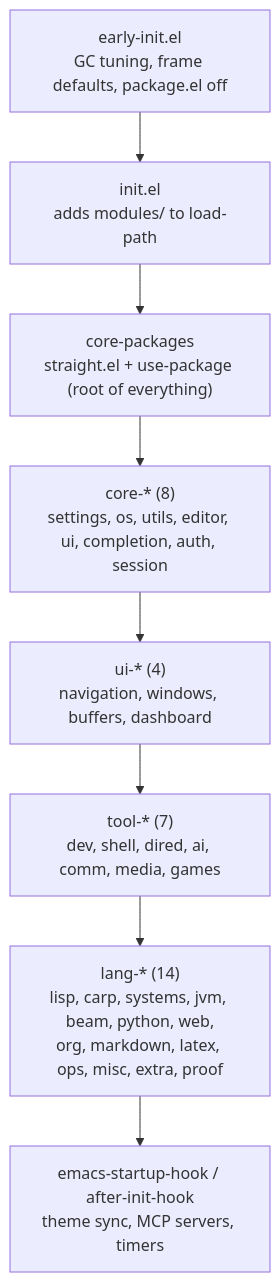
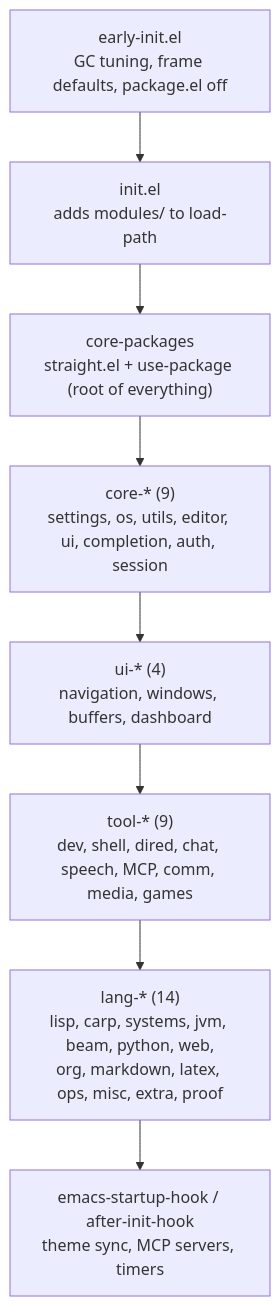
One commit to ianffcs/my-emacs-init changed the first of 3 diagrams in docs/ARCHITECTURE.md. Above: the diagram before and after it, drawn with Mermaid. The commit also changed other lines of this file and 16 other files, not shown here.

````diff
--- a/docs/ARCHITECTURE.md
+++ b/docs/ARCHITECTURE.md
@@ -9,10 +9,10 @@
 ```mermaid
 flowchart TD
   E["early-init.el<br/>GC tuning, frame defaults, package.el off"] --> I["init.el<br/>adds modules/ to load-path"]
   I --> P["core-packages<br/>straight.el + use-package (root of everything)"]
-  P --> C["core-* (8)<br/>settings, os, utils, editor, ui, completion, auth, session"]
+  P --> C["core-* (9)<br/>settings, os, utils, editor, ui, completion, auth, session"]
   C --> U["ui-* (4)<br/>navigation, windows, buffers, dashboard"]
-  U --> T["tool-* (7)<br/>dev, shell, dired, ai, comm, media, games"]
+  U --> T["tool-* (9)<br/>dev, shell, dired, chat, speech, MCP, comm, media, games"]
   T --> L["lang-* (14)<br/>lisp, carp, systems, jvm, beam, python, web,<br/>org, markdown, latex, ops, misc, extra, proof"]
   L --> S["emacs-startup-hook / after-init-hook<br/>theme sync, MCP servers, timers"]
 ```
````
